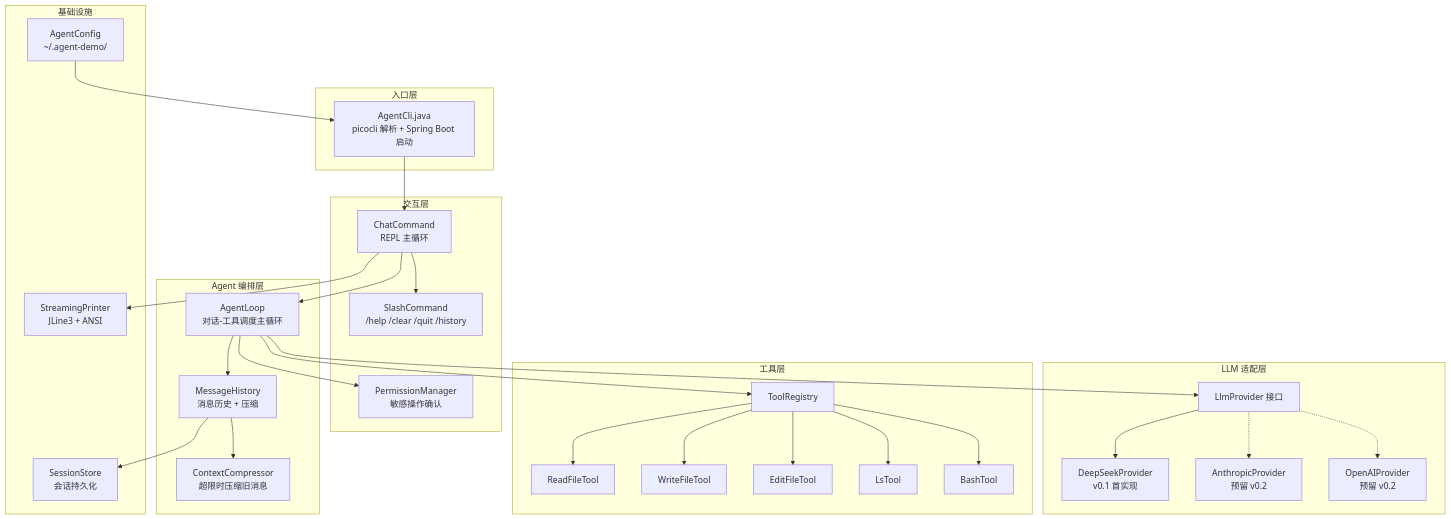
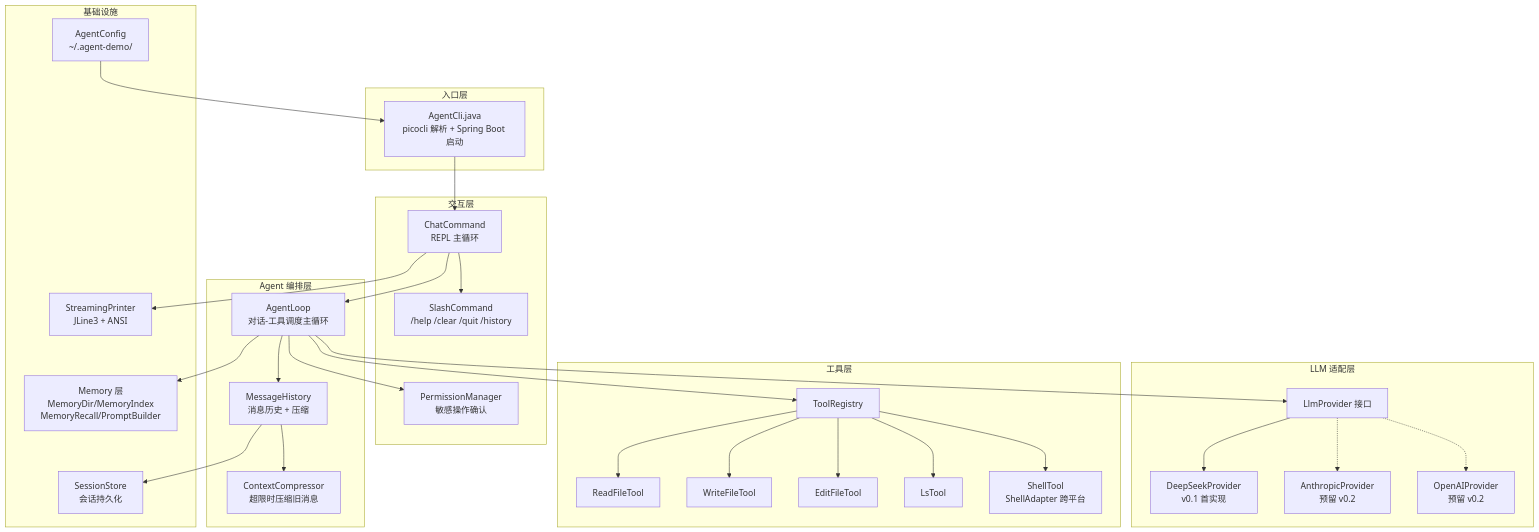
One commit to makemeking233-hub/agent-demo changed the first of 3 diagrams in docs/design.md. Above: the diagram before and after it, drawn with Mermaid. The commit also changed other lines of this file, not shown here.

Commit message:
docs: apply SE review round 2 + architect adjudication

````diff
--- a/docs/design.md
+++ b/docs/design.md
@@ -47,60 +47,62 @@
 ```mermaid
 flowchart TB
     subgraph entry["入口层"]
         MAIN["AgentCli.java<br/>picocli 解析 + Spring Boot 启动"]
     end
 
     subgraph repl["交互层"]
         REPL["ChatCommand<br/>REPL 主循环"]
         SLIN["SlashCommand<br/>/help /clear /quit /history"]
         PERM["PermissionManager<br/>敏感操作确认"]
     end
 
     subgraph agent["Agent 编排层"]
-        LOOP["AgentLoop<br/>对话-工具调度主循环"]
+        ALOOP["AgentLoop<br/>对话-工具调度主循环"]
         HIST["MessageHistory<br/>消息历史 + 压缩"]
         COMP["ContextCompressor<br/>超限时压缩旧消息"]
     end
 
     subgraph provider["LLM 适配层"]
         IF["LlmProvider 接口"]
         DS["DeepSeekProvider<br/>v0.1 首实现"]
         ANT["AnthropicProvider<br/>预留 v0.2"]
         OAI["OpenAIProvider<br/>预留 v0.2"]
     end
 
     subgraph tools["工具层"]
         REG["ToolRegistry"]
         READ["ReadFileTool"]
         WRITE["WriteFileTool"]
         EDIT["EditFileTool"]
         LS["LsTool"]
-        BASH["BashTool"]
+        BASH["ShellTool<br/>ShellAdapter 跨平台"]
     end
 
     subgraph infra["基础设施"]
         SESS["SessionStore<br/>会话持久化"]
         CONF["AgentConfig<br/>~/.agent-demo/"]
         REND["StreamingPrinter<br/>JLine3 + ANSI"]
+        MEM["Memory 层<br/>MemoryDir/MemoryIndex<br/>MemoryRecall/PromptBuilder"]
     end
 
     MAIN --> REPL
-    REPL --> LOOP
+    REPL --> ALOOP
     REPL --> SLIN
     REPL --> REND
-    LOOP --> HIST
-    LOOP --> PERM
-    LOOP --> IF
-    LOOP --> REG
+    ALOOP --> HIST
+    ALOOP --> PERM
+    ALOOP --> IF
+    ALOOP --> REG
     HIST --> COMP
     HIST --> SESS
+    ALOOP --> MEM
     REG --> READ
     REG --> WRITE
     REG --> EDIT
     REG --> LS
     REG --> BASH
     IF --> DS
     IF -.-> ANT
     IF -.-> OAI
     CONF --> MAIN
 ```
````
